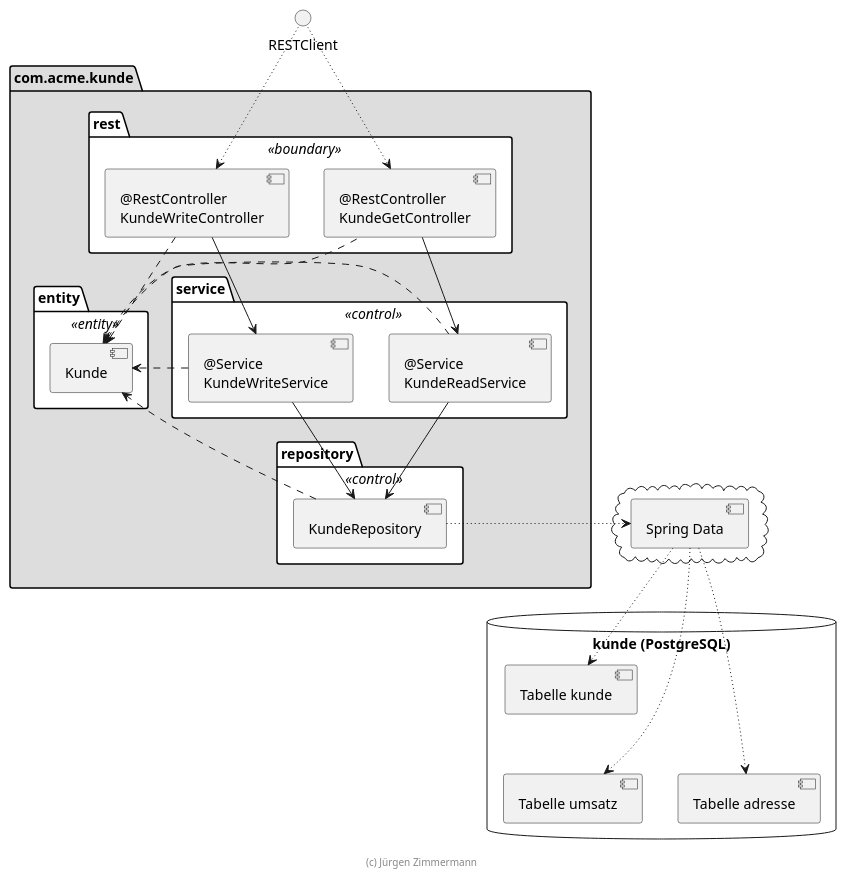
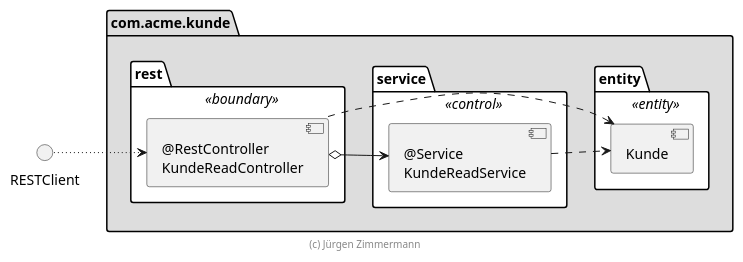
Before and after one commit to bichanhoang/produkt-v3: the diagram in extras/doc/komponenten.plantuml, drawn with PlantUML. The commit also changed 292 other files, not shown here.

```diff
--- a/extras/doc/komponenten.plantuml
+++ b/extras/doc/komponenten.plantuml
@@ -15,57 +15,27 @@
 @startuml Komponenten
+
+left to right direction
 
 package com.acme.kunde #DDDDDD {
     package rest <<boundary>> #FFFFFF {
-        [@RestController\nKundeGetController] as KundeGetController
-        [@RestController\nKundeWriteController] as KundeWriteController
+        [@RestController\nKundeReadController] as KundeReadController
     }
 
     package service <<control>> #FFFFFF {
         [@Service\nKundeReadService] as KundeReadService
-        [@Service\nKundeWriteService] as KundeWriteService
-    }
-
-    package repository <<control>> #FFFFFF {
-        [KundeRepository]
     }
 
     package entity <<entity>> #FFFFFF {
         [Kunde]
     }
 }
 
-cloud {
-    [Spring Data]
-}
+RESTClient ~~> [KundeReadController]
 
-database "kunde (PostgreSQL)" {
-    [Tabelle kunde]
-    [Tabelle umsatz]
-    [Tabelle adresse]
-
-    [Tabelle kunde] -[hidden]-> [Tabelle adresse]
-    [Tabelle kunde] -[hidden]-> [Tabelle umsatz]
-}
-
-RESTClient ~~> [KundeGetController]
-RESTClient ~~> [KundeWriteController]
-
-[KundeGetController] --> [KundeReadService]
-[KundeWriteController] --> [KundeWriteService]
-[KundeReadService] --> [KundeRepository]
-[KundeWriteService] --> [KundeRepository]
-
-[KundeGetController] .left.> [Kunde]
-[KundeWriteController] ..> [Kunde]
-[KundeReadService] .left.> [Kunde]
-[KundeWriteService] ..> [Kunde]
-[KundeRepository] ..> [Kunde]
-
-[KundeRepository] ~right~> [Spring Data]
-[Spring Data] ~~> [Tabelle kunde]
-[Spring Data] ~~> [Tabelle adresse]
-[Spring Data] ~~> [Tabelle umsatz]
+[KundeReadController] o--> [KundeReadService]
+[KundeReadController] .up.> [Kunde]
+[KundeReadService] ..> [Kunde]
 
 footer (c) Jürgen Zimmermann
 
 @enduml
```
